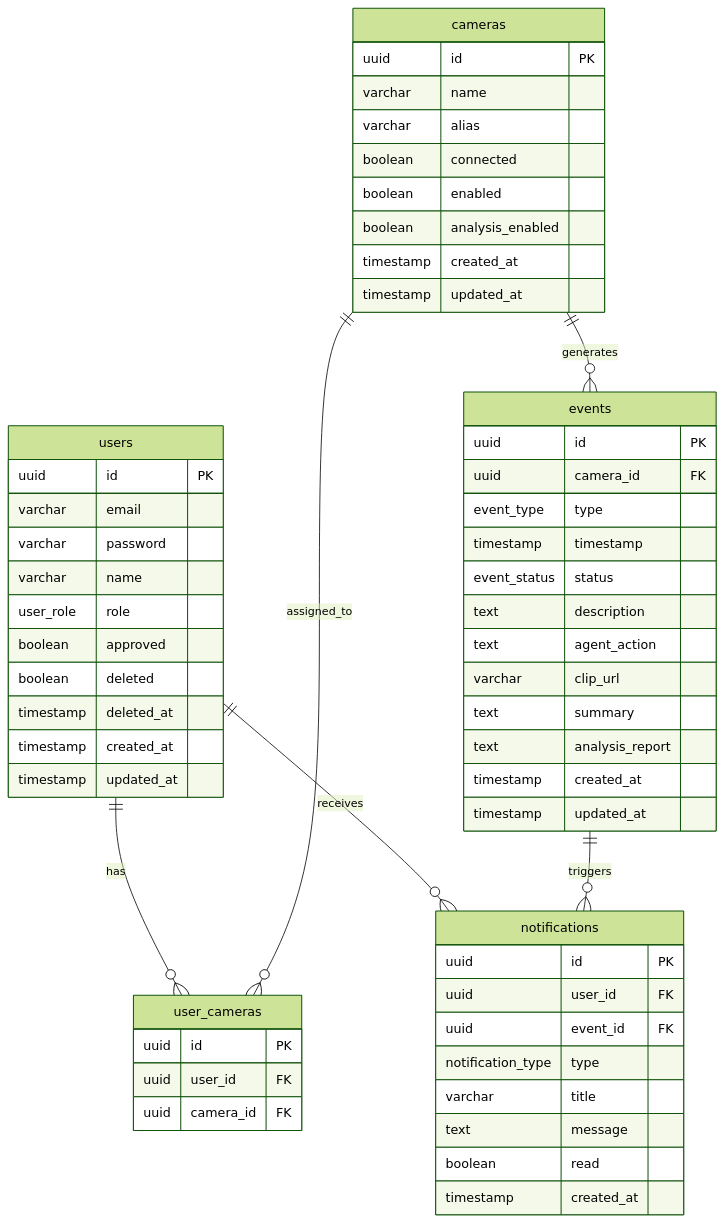
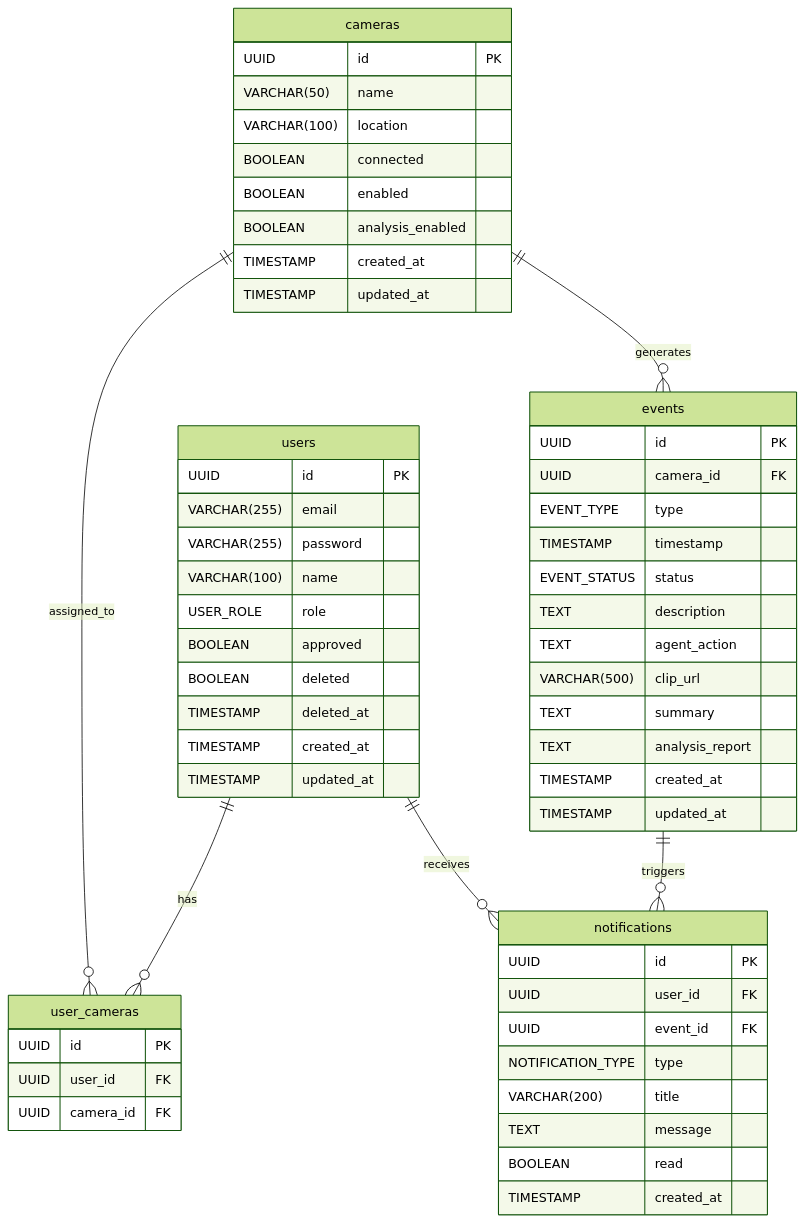
The diagram in docs/DATA-MODEL.md (AIX-01/aegis-frontend), drawn with Mermaid (forest theme) before and after one commit. The commit also changed other lines of this file and 5 other files, not shown here.

Commit message:
refactor: 카메라 alias를 location으로 변경 - types/index.ts: ManagedCamera, CameraUpdateRequest 타입 수정 - CCTVGrid.tsx: props, state, 핸들러 함수명 변경 - DashboardContent.tsx: handleUpdateLocation 핸들러 수정 - MembersPageContent.tsx: camera.location으로 표시 - DATA-MODEL.md: 스키마 및 용어 업데이트

````diff
--- a/docs/DATA-MODEL.md
+++ b/docs/DATA-MODEL.md
@@ -9,64 +9,64 @@
 ```mermaid
 erDiagram
+    users {
+        UUID id PK
+        VARCHAR(255) email
+        VARCHAR(255) password
+        VARCHAR(100) name
+        USER_ROLE role
+        BOOLEAN approved
+        BOOLEAN deleted
+        TIMESTAMP deleted_at
+        TIMESTAMP created_at
+        TIMESTAMP updated_at
+    }
+
+    cameras {
+        UUID id PK
+        VARCHAR(50) name
+        VARCHAR(100) location
+        BOOLEAN connected
+        BOOLEAN enabled
+        BOOLEAN analysis_enabled
+        TIMESTAMP created_at
+        TIMESTAMP updated_at
+    }
+
+    user_cameras {
+        UUID id PK
+        UUID user_id FK
+        UUID camera_id FK
+    }
+
+    events {
+        UUID id PK
+        UUID camera_id FK
+        EVENT_TYPE type
+        TIMESTAMP timestamp
+        EVENT_STATUS status
+        TEXT description
+        TEXT agent_action
+        VARCHAR(500) clip_url
+        TEXT summary
+        TEXT analysis_report
+        TIMESTAMP created_at
+        TIMESTAMP updated_at
+    }
+
+    notifications {
+        UUID id PK
+        UUID user_id FK
+        UUID event_id FK
+        NOTIFICATION_TYPE type
+        VARCHAR(200) title
+        TEXT message
+        BOOLEAN read
+        TIMESTAMP created_at
+    }
+
     users ||--o{ user_cameras : has
-    users ||--o{ notifications : receives
     cameras ||--o{ user_cameras : assigned_to
     cameras ||--o{ events : generates
     events ||--o{ notifications : triggers
-
-    users {
-        uuid id PK
-        varchar email
-        varchar password
-        varchar name
-        user_role role
-        boolean approved
-        boolean deleted
-        timestamp deleted_at
-        timestamp created_at
-        timestamp updated_at
-    }
-
-    cameras {
-        uuid id PK
-        varchar name
-        varchar alias
-        boolean connected
-        boolean enabled
-        boolean analysis_enabled
-        timestamp created_at
-        timestamp updated_at
-    }
-
-    user_cameras {
-        uuid id PK
-        uuid user_id FK
-        uuid camera_id FK
-    }
-
-    events {
-        uuid id PK
-        uuid camera_id FK
-        event_type type
-        timestamp timestamp
-        event_status status
-        text description
-        text agent_action
-        varchar clip_url
-        text summary
-        text analysis_report
-        timestamp created_at
-        timestamp updated_at
-    }
-
-    notifications {
-        uuid id PK
-        uuid user_id FK
-        uuid event_id FK
-        notification_type type
-        varchar title
-        text message
-        boolean read
-        timestamp created_at
-    }
+    users ||--o{ notifications : receives
 ```
````
